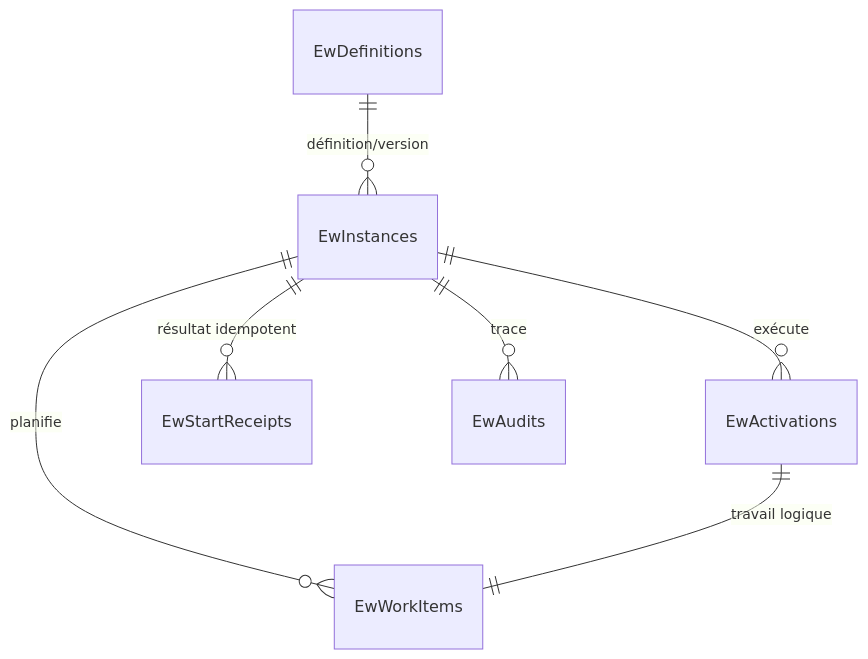
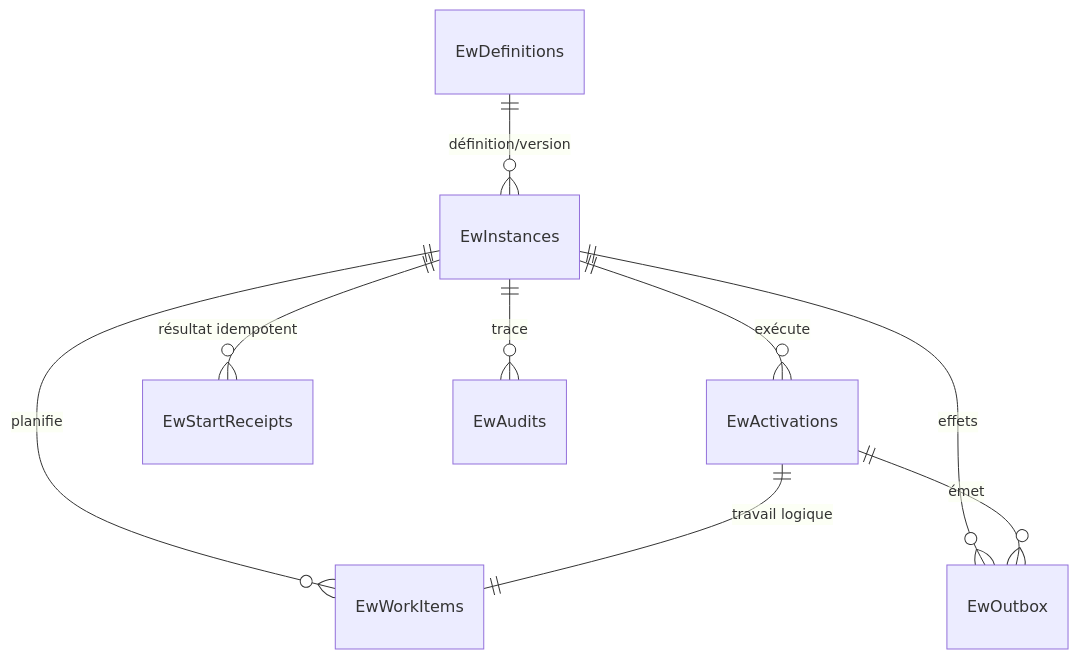
One commit to mbo2olivier/enterprise-workflow changed the diagram in docs/architecture/sqlite-schema.md. Above: the diagram before and after it, drawn with Mermaid. The commit also changed other lines of this file and 52 other files, not shown here.

````diff
--- a/docs/architecture/sqlite-schema.md
+++ b/docs/architecture/sqlite-schema.md
@@ -9,9 +9,11 @@
 ```mermaid
 erDiagram
     EwDefinitions ||--o{ EwInstances : "définition/version"
     EwInstances ||--o{ EwActivations : "exécute"
     EwInstances ||--o{ EwWorkItems : "planifie"
     EwActivations ||--|| EwWorkItems : "travail logique"
     EwInstances ||--o{ EwStartReceipts : "résultat idempotent"
     EwInstances ||--o{ EwAudits : "trace"
+    EwInstances ||--o{ EwOutbox : "effets"
+    EwActivations ||--o{ EwOutbox : "émet"
 ```
````
